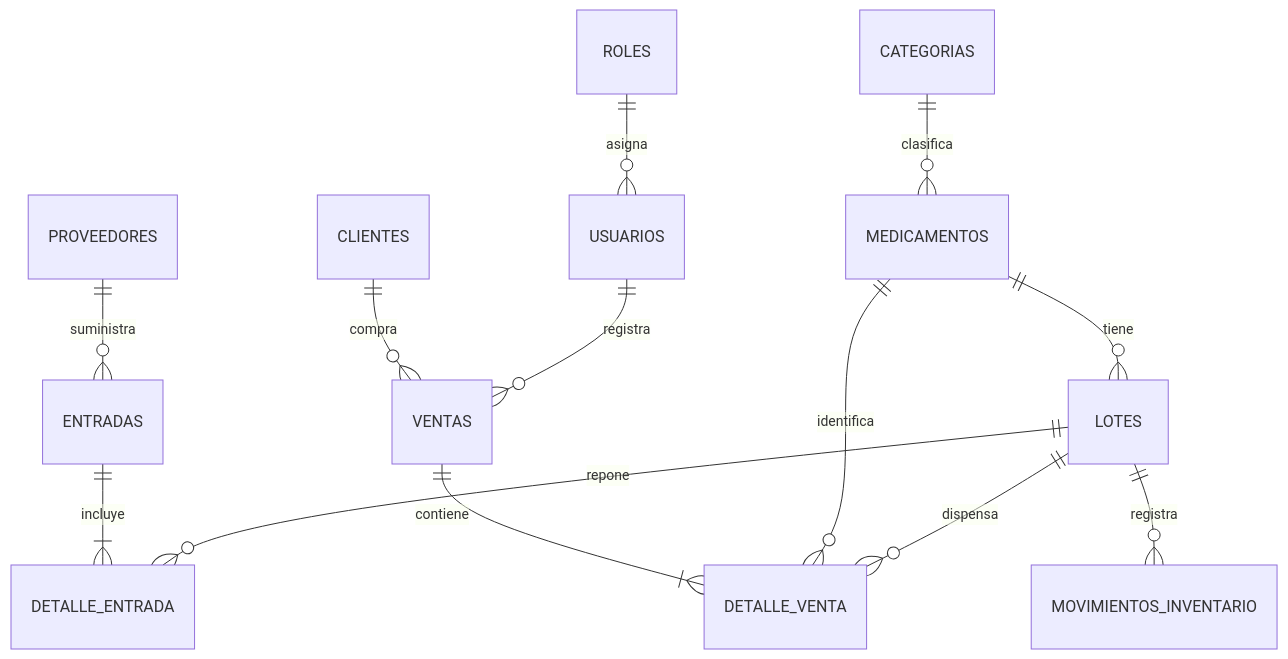
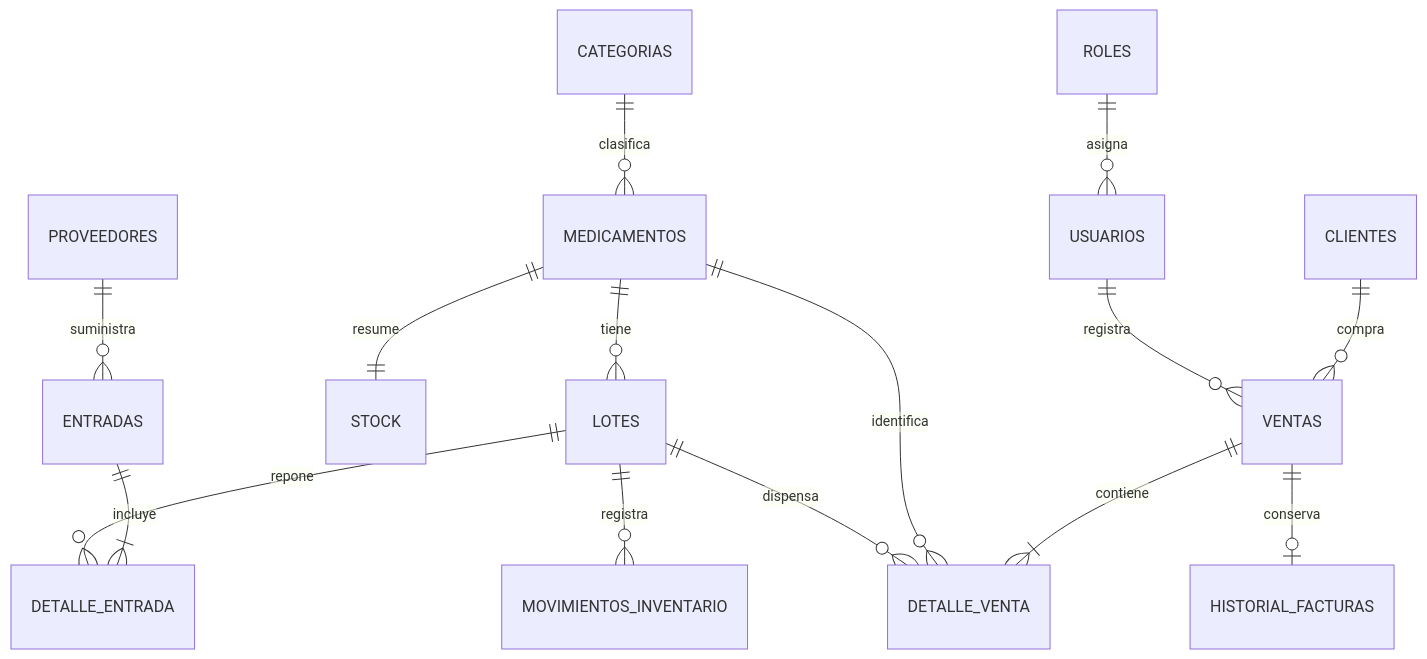
The diagram in docs/BASE_DATOS.md (sfsoftware7-pixel/DrogueriaGestion), drawn with Mermaid before and after one commit. The commit also changed other lines of this file and 47 other files, not shown here.

````diff
--- a/docs/BASE_DATOS.md
+++ b/docs/BASE_DATOS.md
@@ -20,15 +20,17 @@
 ```mermaid
 erDiagram
  CATEGORIAS ||--o{ MEDICAMENTOS : clasifica
  MEDICAMENTOS ||--o{ LOTES : tiene
+ MEDICAMENTOS ||--|| STOCK : resume
  PROVEEDORES ||--o{ ENTRADAS : suministra
  ENTRADAS ||--|{ DETALLE_ENTRADA : incluye
  LOTES ||--o{ DETALLE_ENTRADA : repone
  CLIENTES ||--o{ VENTAS : compra
  USUARIOS ||--o{ VENTAS : registra
  VENTAS ||--|{ DETALLE_VENTA : contiene
+ VENTAS ||--o| HISTORIAL_FACTURAS : conserva
  MEDICAMENTOS ||--o{ DETALLE_VENTA : identifica
  LOTES ||--o{ DETALLE_VENTA : dispensa
  LOTES ||--o{ MOVIMIENTOS_INVENTARIO : registra
  ROLES ||--o{ USUARIOS : asigna
 ```
````
